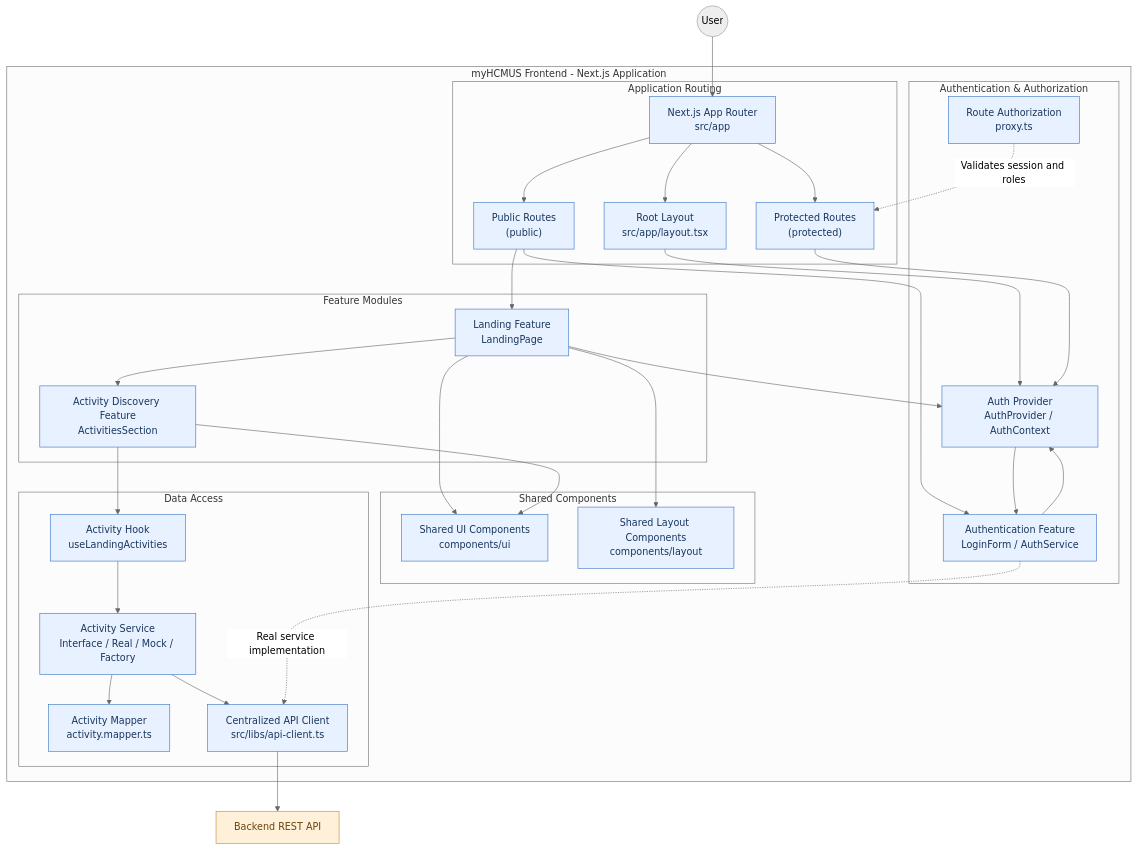
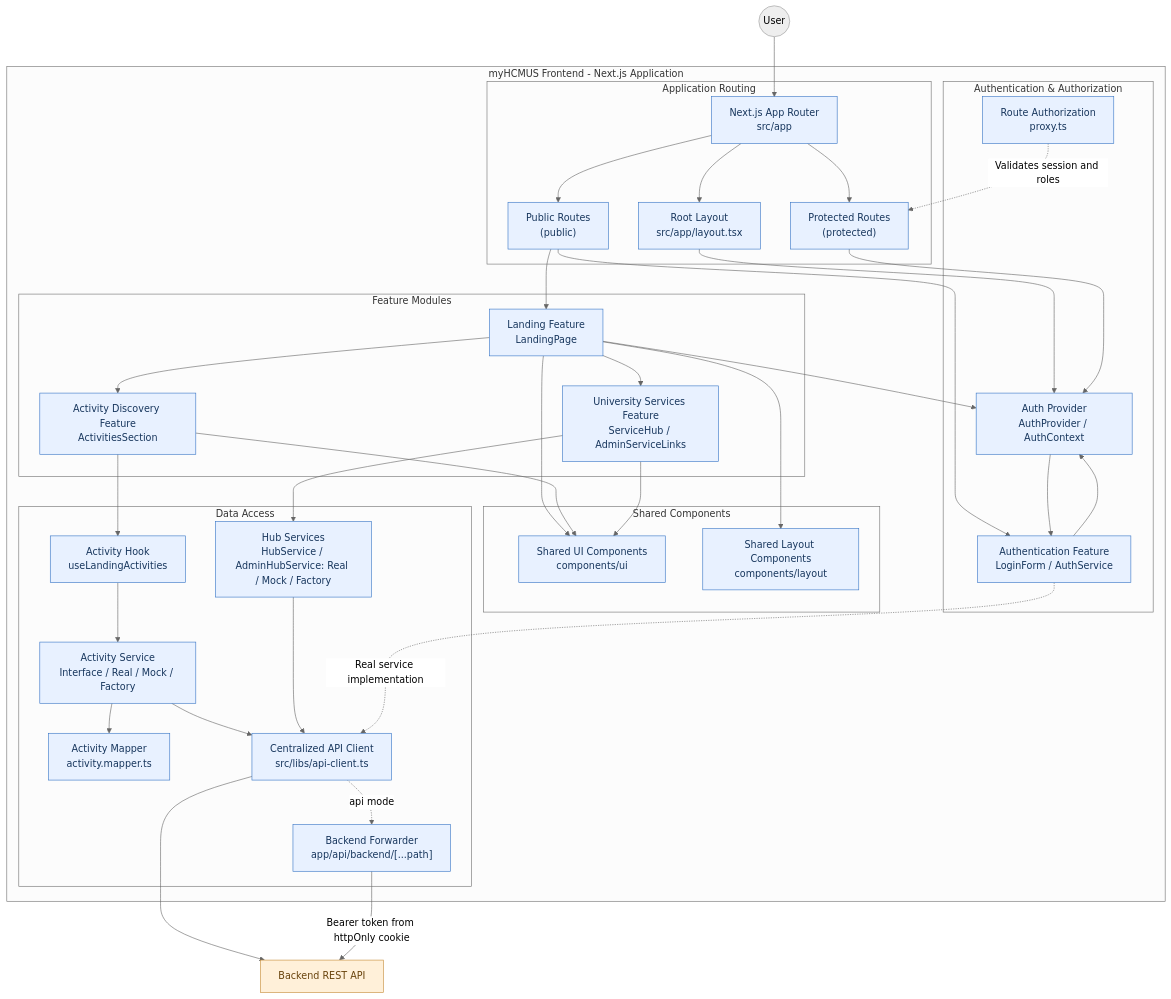
The diagram in docs/analysis-and-design/fe/component-diagram-fe.md (APCSk24-CS300/cs300-project), drawn with Mermaid (neutral theme) before and after one commit. The commit also changed other lines of this file and 3 other files, not shown here.

Commit message:
docs: record hub API gap and update component diagrams and student page

````diff
--- a/docs/analysis-and-design/fe/component-diagram-fe.md
+++ b/docs/analysis-and-design/fe/component-diagram-fe.md
@@ -63,6 +65,7 @@
         subgraph Features["Feature Modules"]
             Landing["Landing Feature<br/>LandingPage"]
             Activities["Activity Discovery Feature<br/>ActivitiesSection"]
+            ServicesHub["University Services Feature<br/>ServiceHub / AdminServiceLinks"]
         end
 
         subgraph Shared["Shared Components"]
@@ -75,6 +78,8 @@
             ActivityHook["Activity Hook<br/>useLandingActivities"]
             ActivityMapper["Activity Mapper<br/>activity.mapper.ts"]
             APIClient["Centralized API Client<br/>src/libs/api-client.ts"]
+            HubDataService["Hub Services<br/>HubService / AdminHubService: Real / Mock / Factory"]
+            BackendForwarder["Backend Forwarder<br/>app/api/backend/[...path]"]
         end
 
         AppRouter --> RootLayout
@@ -102,6 +107,11 @@
         ActivityHook --> ActivityService
         ActivityService --> ActivityMapper
         ActivityService --> APIClient
+        Landing --> ServicesHub
+        ServicesHub --> HubDataService
+        ServicesHub --> SharedUI
+        HubDataService --> APIClient
+        APIClient -. "api mode" .-> BackendForwarder
 
         AuthFeature -. "Real service implementation" .-> APIClient
     end
@@ -110,10 +120,11 @@
 
     User --> AppRouter
     APIClient --> Backend
+    BackendForwarder -->|"Bearer token from httpOnly cookie"| Backend
 
     classDef frontend fill:#e8f1ff,stroke:#3674c5,color:#17365d
     classDef external fill:#fff0d9,stroke:#c58a36,color:#69430c
 
-    class AppRouter,RootLayout,PublicRoutes,ProtectedRoutes,AuthProvider,AuthFeature,RouteProxy,Landing,Activities,SharedUI,LayoutUI,ActivityService,ActivityHook,ActivityMapper,APIClient frontend
+    class AppRouter,RootLayout,PublicRoutes,ProtectedRoutes,AuthProvider,AuthFeature,RouteProxy,Landing,Activities,SharedUI,LayoutUI,ActivityService,ActivityHook,ActivityMapper,APIClient,ServicesHub,HubDataService,BackendForwarder frontend
     class Backend external
 ```
````
